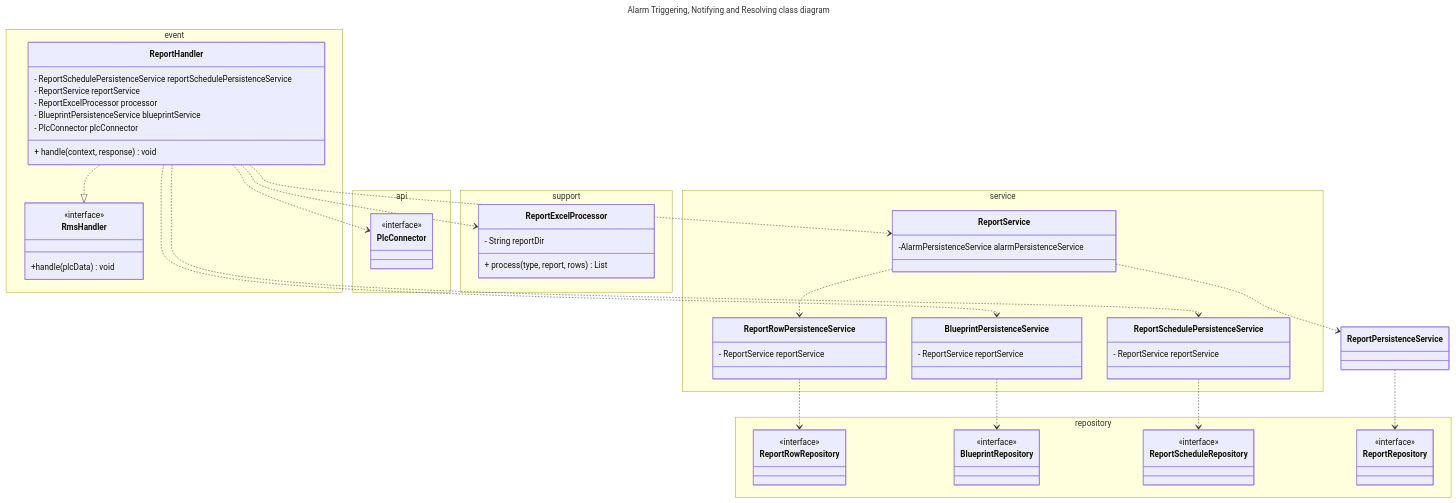
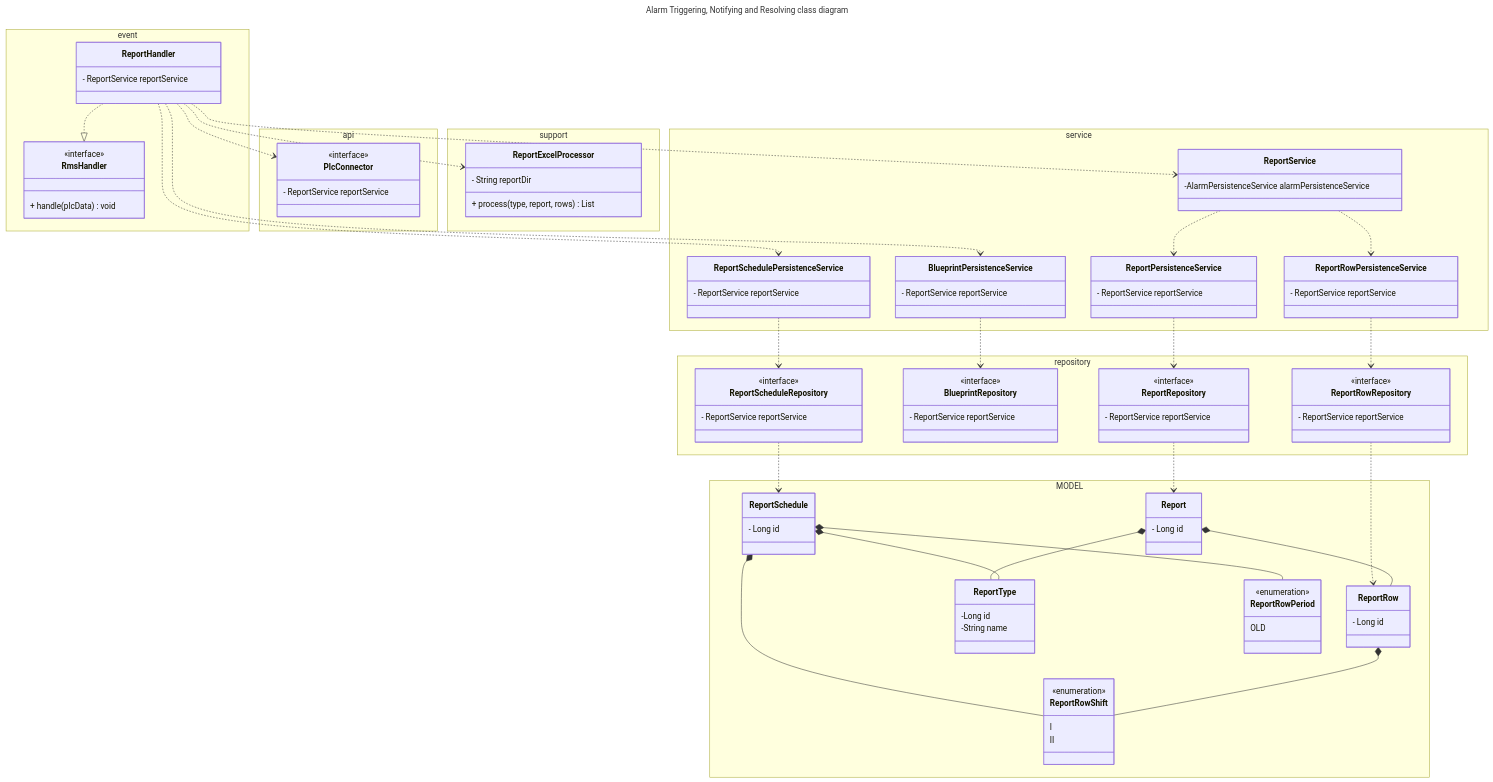
The diagram in Report7/SDD/Report/report-class-diagram.md (f-pms/Document), drawn with Mermaid before and after one commit. The commit also changed 1 other file, not shown here.

Commit message:
update class diagram

````diff
--- a/Report7/SDD/Report/report-class-diagram.md
+++ b/Report7/SDD/Report/report-class-diagram.md
@@ -6,16 +6,11 @@
   namespace event {
     class RmsHandler {
       <<interface>>
-      +handle(plcData) void
+      + handle(plcData) void
     }
 
     class ReportHandler {
-     - ReportSchedulePersistenceService reportSchedulePersistenceService
-     - ReportService reportService
-     - ReportExcelProcessor processor
-     - BlueprintPersistenceService blueprintService
-     - PlcConnector plcConnector
-     + handle(context, response) void
+      - ReportService reportService
     } 
   }
 
@@ -59,12 +54,17 @@
     class BlueprintPersistenceService {
          - ReportService reportService
     }
+
+    class ReportPersistenceService {
+      - ReportService reportService
+    }
     
   }
 
     namespace api {
         class PlcConnector  {
         <<interface>>
+         - ReportService reportService
         }
     }
 
@@ -78,17 +78,63 @@
 
     namespace repository {
         class BlueprintRepository {
-        <<interface>>  
+        <<interface>>
+         - ReportService reportService  
         }
 
         class ReportRepository {
-        <<interface>>  
+        <<interface>>
+         - ReportService reportService  
         }
         class ReportScheduleRepository {
-        <<interface>>   
+        <<interface>>
+         - ReportService reportService   
         }
         class ReportRowRepository {
-        <<interface>>   
+        <<interface>>
+         - ReportService reportService   
         }
     }
+
+    ReportRepository ..> Report
+    ReportScheduleRepository ..> ReportSchedule
+    ReportRowRepository ..> ReportRow
+
+    namespace MODEL {
+      class Report {
+         - Long id
+      }
+     
+     class ReportRow {
+      - Long id
+     }
+
+     class ReportSchedule {
+      - Long id
+     }
+
+     class ReportType {
+      -Long id
+      -String name
+     }
+
+     class ReportRowPeriod {
+      <<enumeration>>
+      OLD
+     }
+
+     class ReportRowShift {
+      <<enumeration>>
+      I
+      II
+     }
+    }
+
+  Report *-- ReportRow
+  Report *-- ReportType
+  ReportSchedule *-- ReportRowPeriod
+  ReportSchedule *-- ReportRowShift
+  ReportSchedule *-- ReportType
+  
+  ReportRow *-- ReportRowShift
   ```
````
